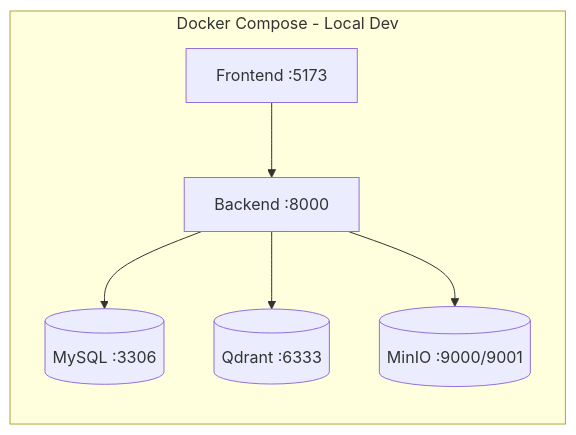
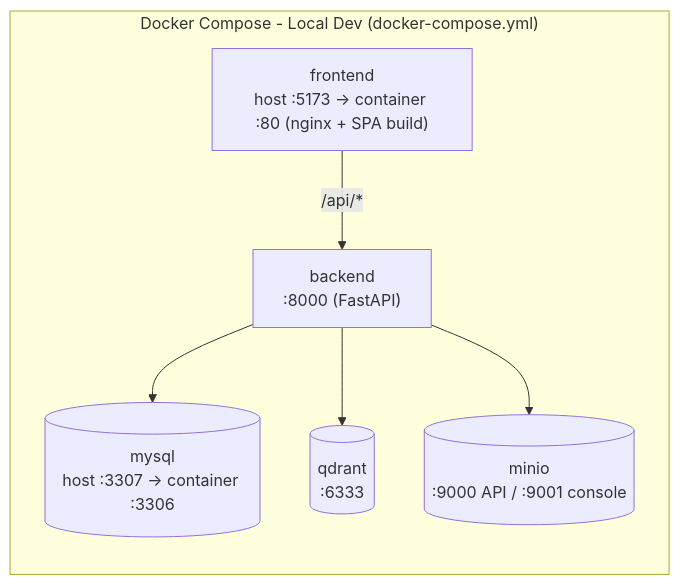
One commit to peterparkervanphuc/auremont-ai-agent changed the third of 3 diagrams in ARCHITECTURE.md. Above: the diagram before and after it, drawn with Mermaid. The commit also changed other lines of this file and 2 other files, not shown here.

````diff
--- a/ARCHITECTURE.md
+++ b/ARCHITECTURE.md
@@ -170,14 +212,14 @@
 ```mermaid
 graph LR
-    subgraph Docker Compose - Local Dev
-        FE[Frontend :5173]
-        BE[Backend :8000]
-        DB_C[(MySQL :3306)]
-        VDB[(Qdrant :6333)]
-        OBJ[(MinIO :9000/9001)]
+    subgraph "Docker Compose - Local Dev (docker-compose.yml)"
+        FE["frontend<br/>host :5173 → container :80 (nginx + SPA build)"]
+        BE["backend<br/>:8000 (FastAPI)"]
+        DB_C[("mysql<br/>host :3307 → container :3306")]
+        VDB[("qdrant<br/>:6333")]
+        OBJ[("minio<br/>:9000 API / :9001 console")]
     end
-    FE --> BE
+    FE -->|"/api/*"| BE
     BE --> DB_C
     BE --> VDB
     BE --> OBJ
 ```
````
